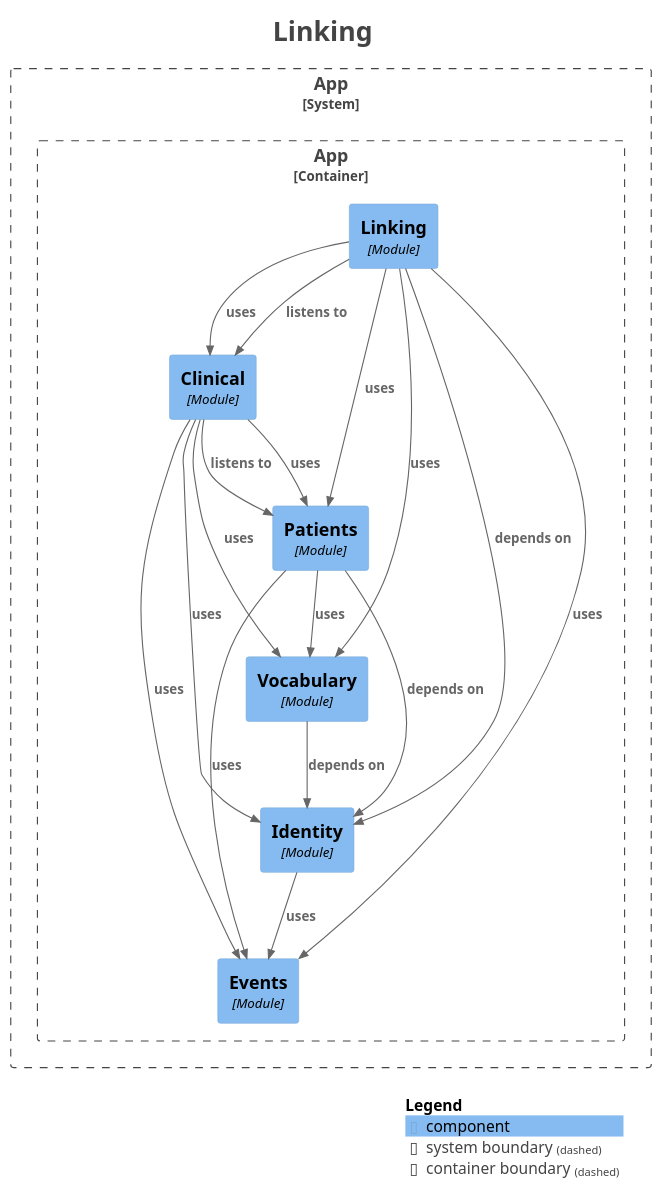
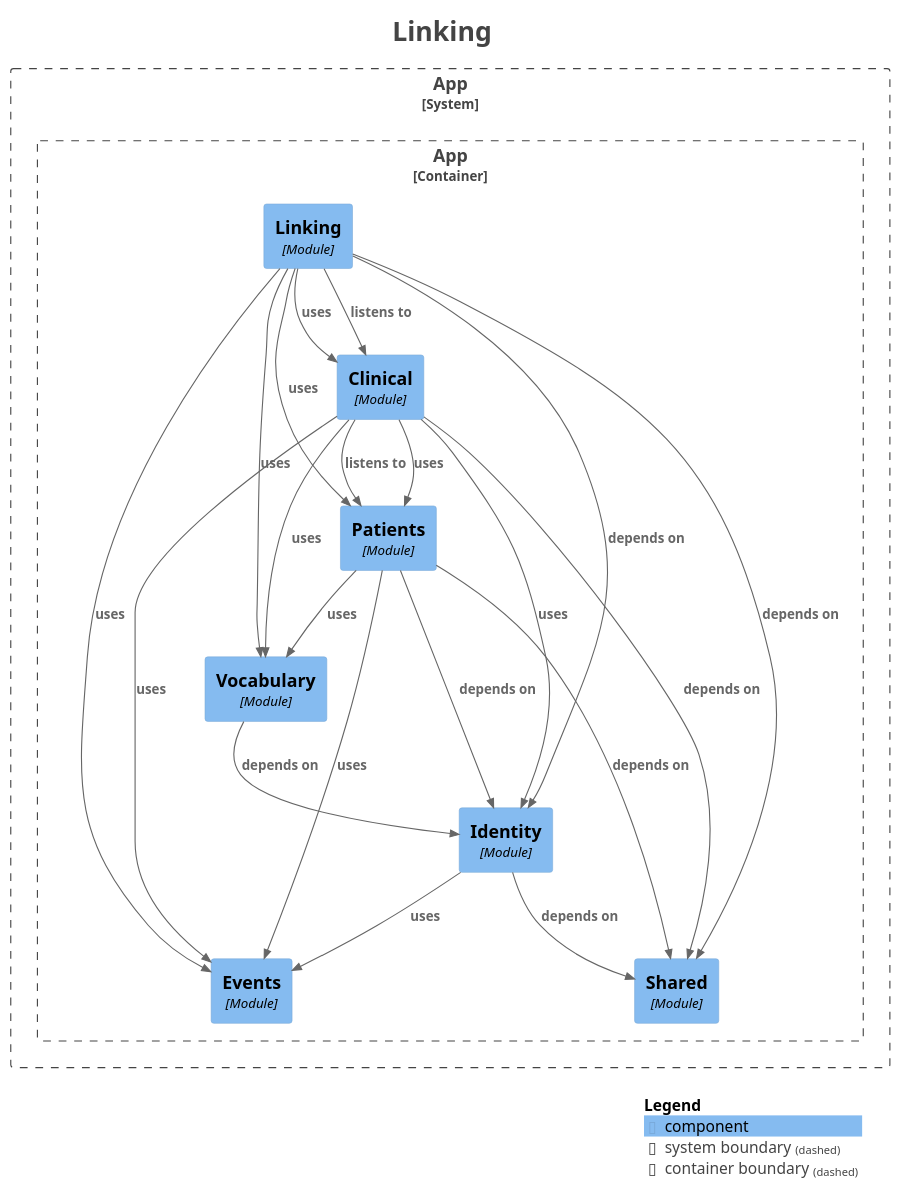
Before and after one commit to mrscams/psymate-api: the diagram in docs/generated/module-linking.puml, drawn with PlantUML. The commit also changed 58 other files, not shown here.

```diff
--- a/docs/generated/module-linking.puml
+++ b/docs/generated/module-linking.puml
@@ -1,49 +1,54 @@
 @startuml
 title <size:24>Linking</size>
 
 set separator none
 top to bottom direction
 
 <style>
   root {
     BackgroundColor: #ffffff
     FontColor: #444444
   }
 </style>
 
 !include <C4/C4>
 !include <C4/C4_Context>
 !include <C4/C4_Component>
 
 System_Boundary("App_boundary", "App", $tags="") {
   Container_Boundary("App.App_boundary", "App", $tags="") {
     Component(App.App.Clinical, "Clinical", $techn="Module", $descr="", $tags="", $link="")
     Component(App.App.Events, "Events", $techn="Module", $descr="", $tags="", $link="")
     Component(App.App.Identity, "Identity", $techn="Module", $descr="", $tags="", $link="")
     Component(App.App.Linking, "Linking", $techn="Module", $descr="", $tags="", $link="")
     Component(App.App.Patients, "Patients", $techn="Module", $descr="", $tags="", $link="")
+    Component(App.App.Shared, "Shared", $techn="Module", $descr="", $tags="", $link="")
     Component(App.App.Vocabulary, "Vocabulary", $techn="Module", $descr="", $tags="", $link="")
   }
 
 }
 
 Rel(App.App.Clinical, App.App.Events, "uses", $techn="", $tags="", $link="")
 Rel(App.App.Clinical, App.App.Identity, "uses", $techn="", $tags="", $link="")
 Rel(App.App.Clinical, App.App.Patients, "listens to", $techn="", $tags="", $link="")
 Rel(App.App.Clinical, App.App.Patients, "uses", $techn="", $tags="", $link="")
+Rel(App.App.Clinical, App.App.Shared, "depends on", $techn="", $tags="", $link="")
 Rel(App.App.Clinical, App.App.Vocabulary, "uses", $techn="", $tags="", $link="")
 Rel(App.App.Identity, App.App.Events, "uses", $techn="", $tags="", $link="")
+Rel(App.App.Identity, App.App.Shared, "depends on", $techn="", $tags="", $link="")
 Rel(App.App.Linking, App.App.Clinical, "listens to", $techn="", $tags="", $link="")
 Rel(App.App.Linking, App.App.Clinical, "uses", $techn="", $tags="", $link="")
 Rel(App.App.Linking, App.App.Events, "uses", $techn="", $tags="", $link="")
 Rel(App.App.Linking, App.App.Identity, "depends on", $techn="", $tags="", $link="")
 Rel(App.App.Linking, App.App.Patients, "uses", $techn="", $tags="", $link="")
+Rel(App.App.Linking, App.App.Shared, "depends on", $techn="", $tags="", $link="")
 Rel(App.App.Linking, App.App.Vocabulary, "uses", $techn="", $tags="", $link="")
 Rel(App.App.Patients, App.App.Events, "uses", $techn="", $tags="", $link="")
 Rel(App.App.Patients, App.App.Identity, "depends on", $techn="", $tags="", $link="")
+Rel(App.App.Patients, App.App.Shared, "depends on", $techn="", $tags="", $link="")
 Rel(App.App.Patients, App.App.Vocabulary, "uses", $techn="", $tags="", $link="")
 Rel(App.App.Vocabulary, App.App.Identity, "depends on", $techn="", $tags="", $link="")
 
 SHOW_LEGEND(true)
 hide stereotypes
 @enduml
```
